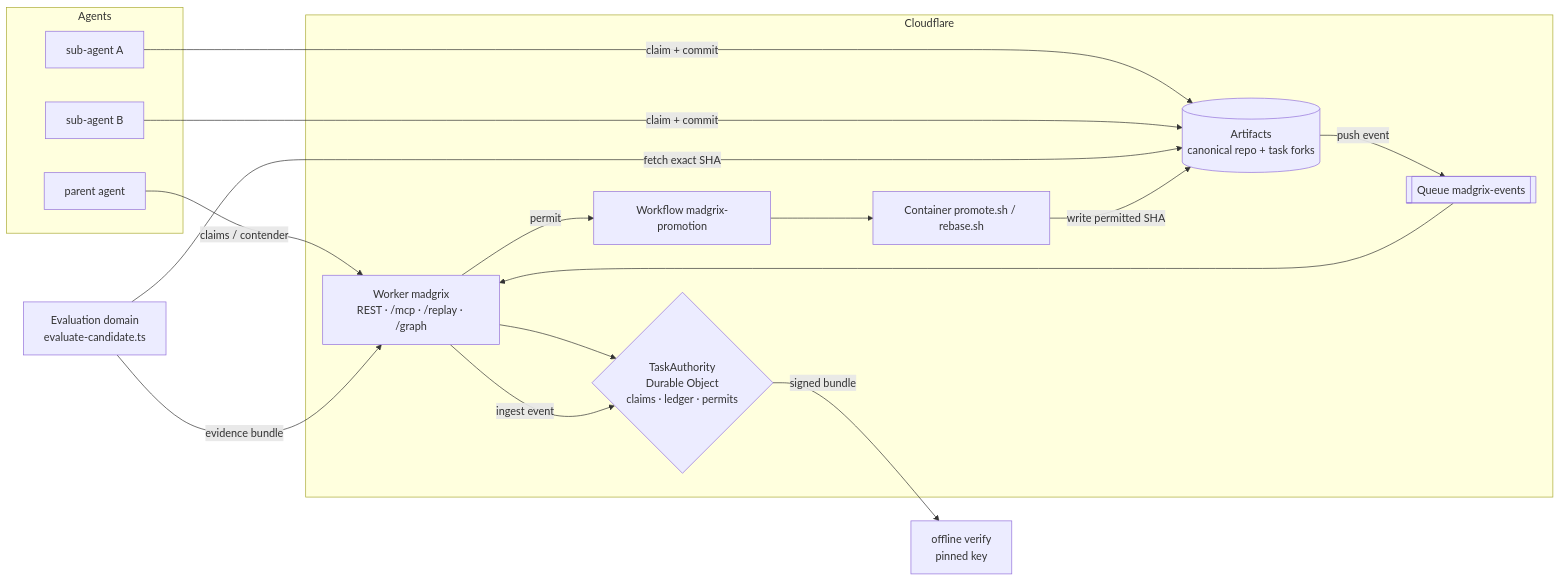
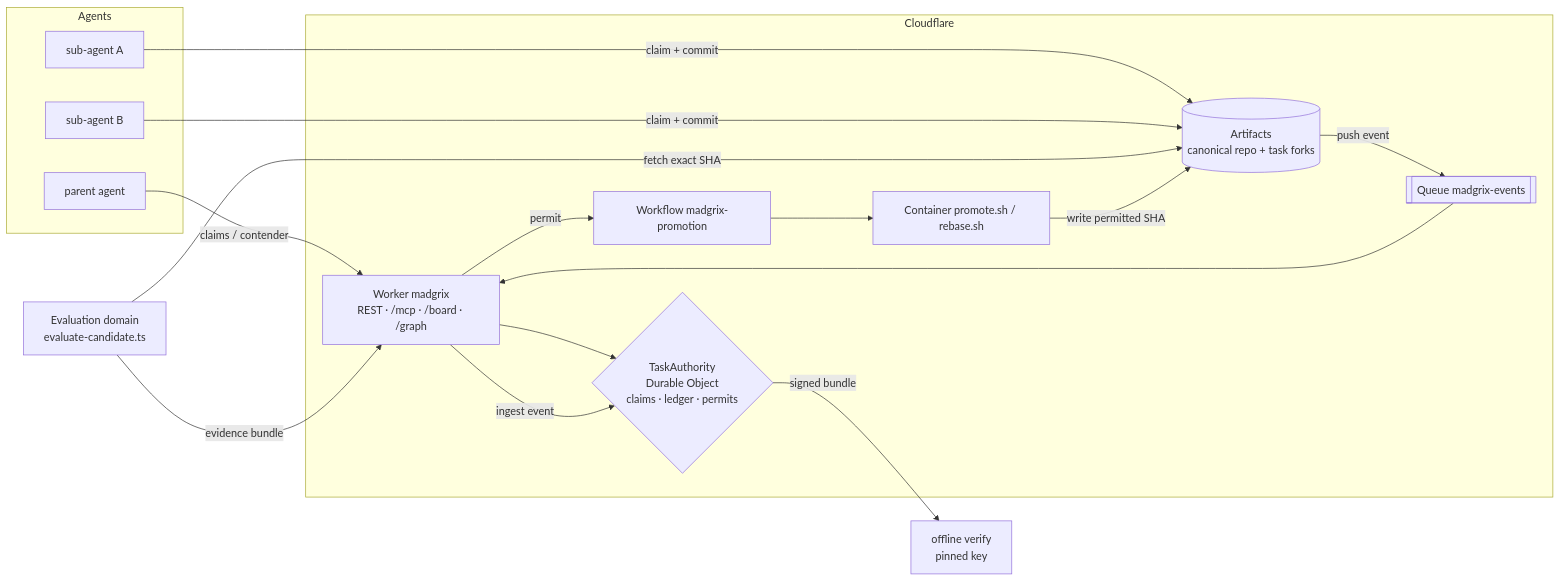
The first of 3 diagrams in README.md (YashwanthGathuku/Git4agents), drawn with Mermaid before and after one commit. The commit also changed other lines of this file and 12 other files, not shown here.

Commit message:
Retire /replay (301 → /board); new hand-crafted landing page in the mall style

````diff
--- a/README.md
+++ b/README.md
@@ -39,26 +39,26 @@
 ```mermaid
 flowchart LR
     subgraph Agents
       P[parent agent]
       S1[sub-agent A]
       S2[sub-agent B]
     end
     subgraph CF[Cloudflare]
-      W[Worker madgrix<br/>REST · /mcp · /replay · /graph]
+      W[Worker madgrix<br/>REST · /mcp · /board · /graph]
       DO{TaskAuthority<br/>Durable Object<br/>claims · ledger · permits}
       Q[[Queue madgrix-events]]
       ART[(Artifacts<br/>canonical repo + task forks)]
       WF[Workflow madgrix-promotion]
       CT[Container promote.sh / rebase.sh]
     end
     EV[Evaluation domain<br/>evaluate-candidate.ts]
     P -- claims / contender --> W --> DO
     S1 -- claim + commit --> ART
     S2 -- claim + commit --> ART
     ART -- push event --> Q --> W
     W -- ingest event --> DO
     EV -- fetch exact SHA --> ART
     EV -- evidence bundle --> W
     W -- permit --> WF --> CT -- write permitted SHA --> ART
     DO -- signed bundle --> V[offline verify<br/>pinned key]
 ```
````
